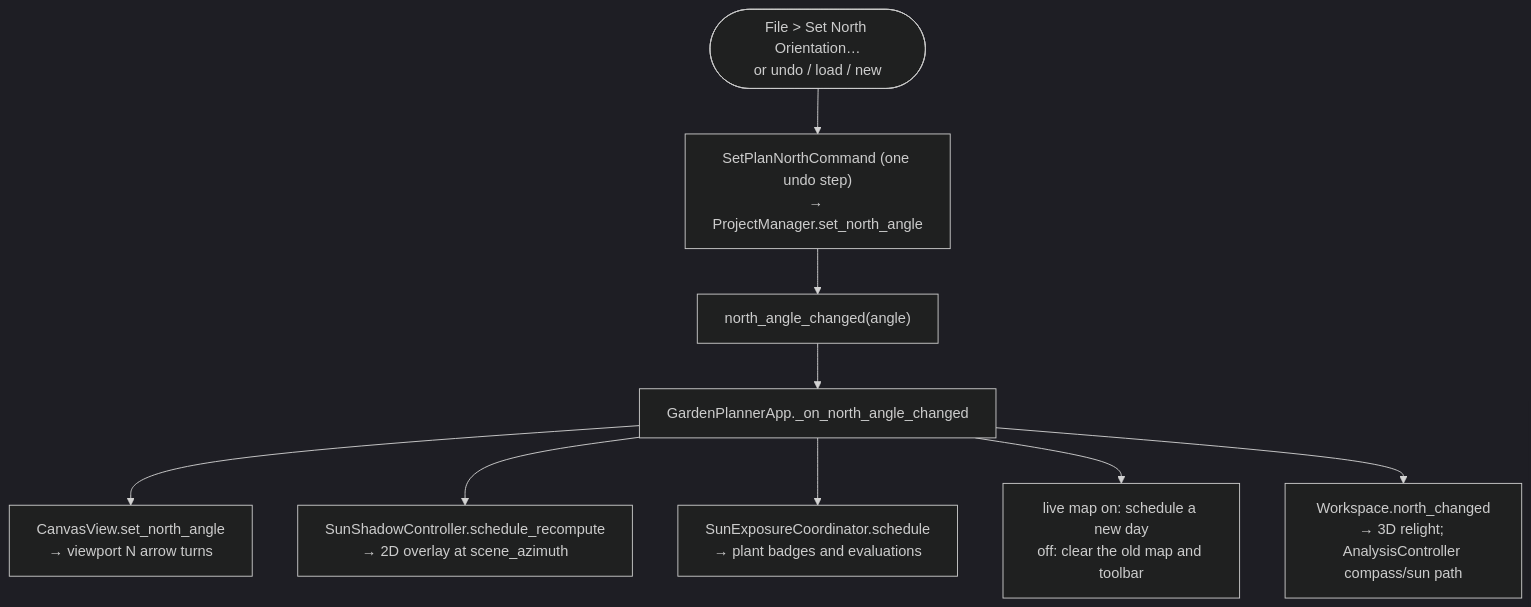
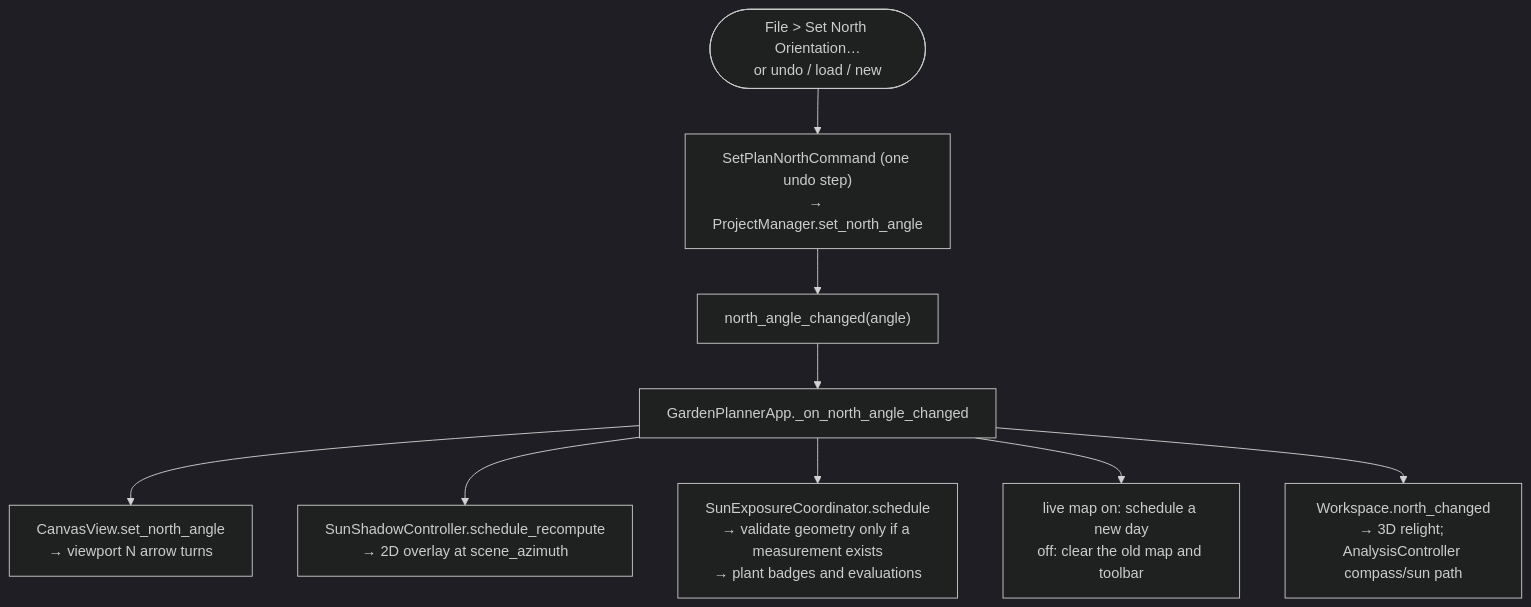
Diagram 17 of 38 in docs/06-runtime-view/README.md (cofade/open-garden-planner), drawn with Mermaid (dark theme) before and after one commit. The commit also changed 9 other files, not shown here.

Commit message:
fix(#927): skip unmeasured sun geometry during selection

````diff
--- a/docs/06-runtime-view/README.md
+++ b/docs/06-runtime-view/README.md
@@ -474,18 +474,18 @@
 ```mermaid
 flowchart TD
     U([File &gt; Set North Orientation…<br/>or undo / load / new])
     C["SetPlanNorthCommand (one undo step)<br/>→ ProjectManager.set_north_angle"]
     S["north_angle_changed(angle)"]
     L["GardenPlannerApp._on_north_angle_changed"]
     A["CanvasView.set_north_angle<br/>→ viewport N arrow turns"]
     D["SunShadowController.schedule_recompute<br/>→ 2D overlay at scene_azimuth"]
-    E["SunExposureCoordinator.schedule<br/>→ plant badges and evaluations"]
+    E["SunExposureCoordinator.schedule<br/>→ validate geometry only if a measurement exists<br/>→ plant badges and evaluations"]
     H["live map on: schedule a new day<br/>off: clear the old map and toolbar"]
     W["Workspace.north_changed<br/>→ 3D relight; AnalysisController compass/sun path"]
     U --> C --> S --> L
     L --> A
     L --> D
     L --> E
     L --> H
     L --> W
 ```
````
